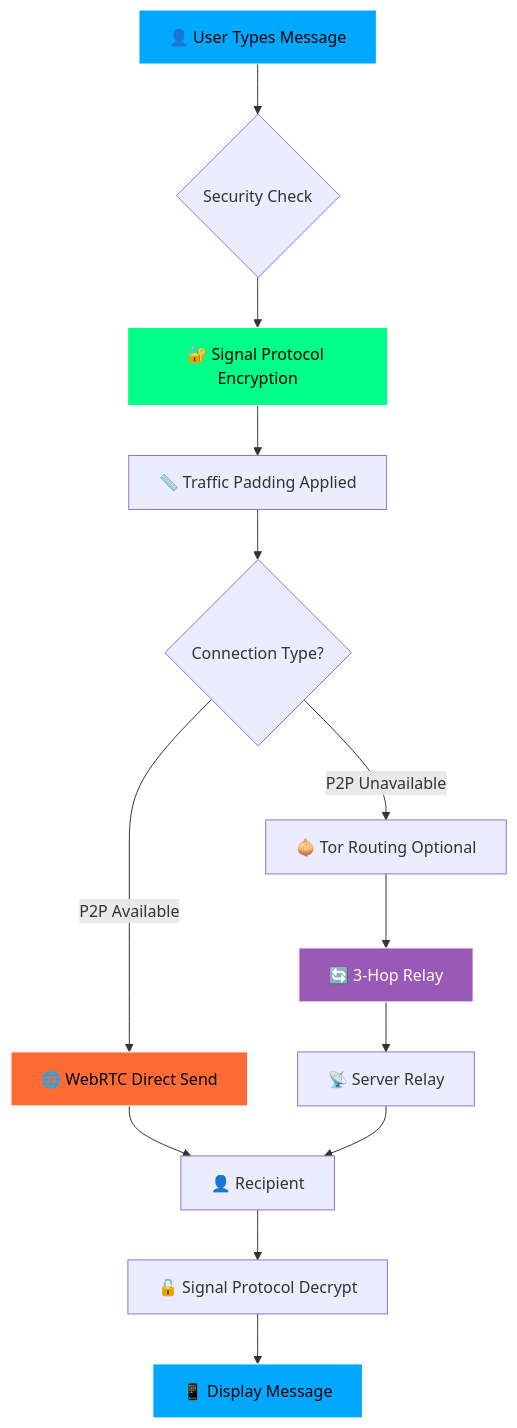
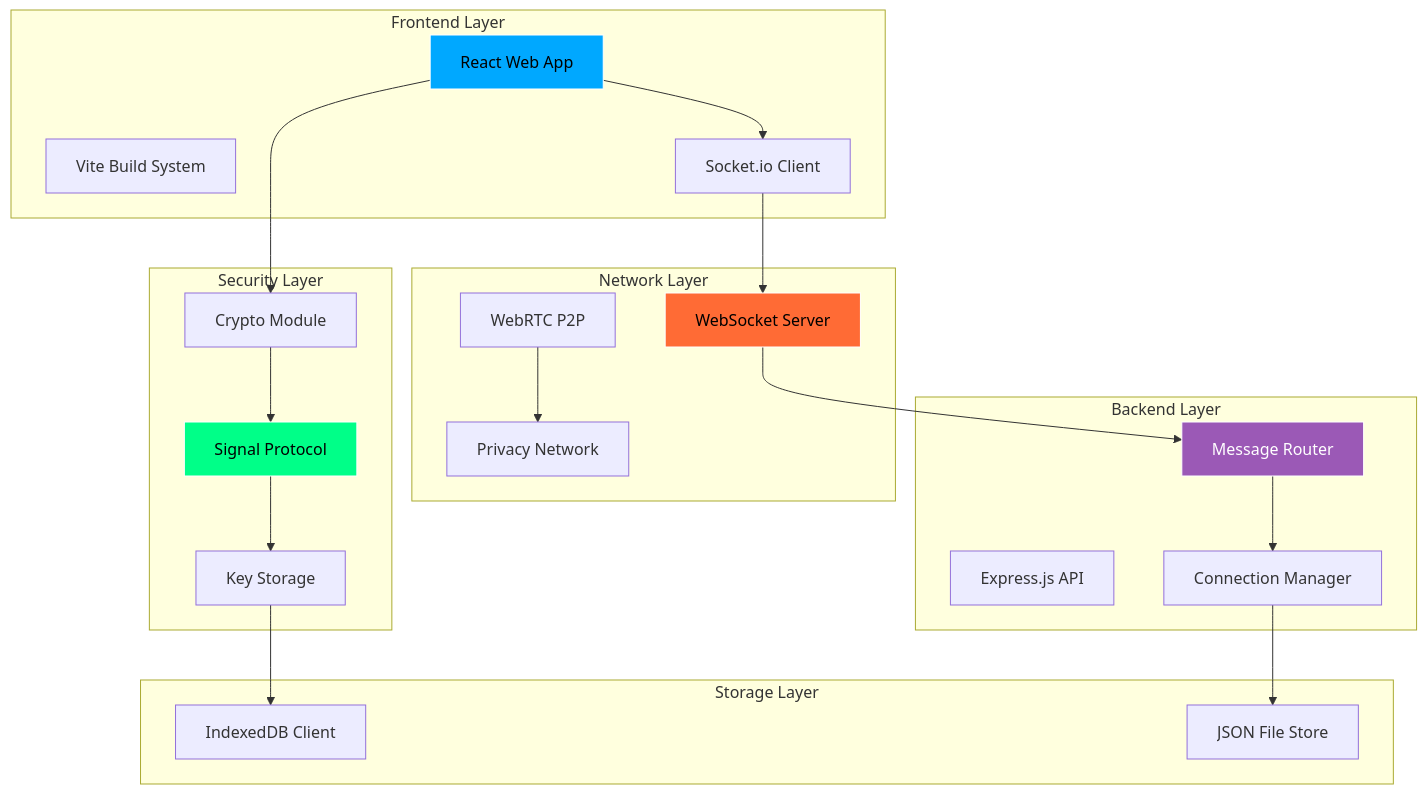
Before and after one commit to Hetpatel01021111/Eclipse: the first of 9 diagrams in README.md, drawn with Mermaid. The commit also changed other lines of this file, not shown here.

Commit message:
docs: create comprehensive README with detailed architecture, security, and deployment guides

````diff
--- a/README.md
+++ b/README.md
@@ -62,25 +69,47 @@
 ```mermaid
 graph TB
-    A[👤 User Types Message] --> B{Security Check}
-    B --> C[🔐 Signal Protocol Encryption]
-    C --> D[📏 Traffic Padding Applied]
-    D --> E{Connection Type?}
+    subgraph "Frontend Layer"
+        A[React Web App]
+        B[Vite Build System]
+        C[Socket.io Client]
+    end
     
-    E -->|P2P Available| F[🌐 WebRTC Direct Send]
-    E -->|P2P Unavailable| G[🧅 Tor Routing Optional]
+    subgraph "Security Layer"
+        D[Signal Protocol]
+        E[Crypto Module]
+        F[Key Storage]
+    end
     
-    G --> H[🔄 3-Hop Relay]
-    H --> I[📡 Server Relay]
+    subgraph "Network Layer"
+        G[WebSocket Server]
+        H[WebRTC P2P]
+        I[Privacy Network]
+    end
     
-    F --> J[👤 Recipient]
-    I --> J
+    subgraph "Backend Layer"
+        J[Express.js API]
+        K[Message Router]
+        L[Connection Manager]
+    end
     
-    J --> K[🔓 Signal Protocol Decrypt]
-    K --> L[📱 Display Message]
+    subgraph "Storage Layer"
+        M[IndexedDB Client]
+        N[JSON File Store]
+    end
+    
+    A --> C
+    A --> E
+    C --> G
+    E --> D
+    D --> F
+    G --> K
+    H --> I
+    K --> L
+    F --> M
+    L --> N
     
     style A fill:#00a8ff,stroke:#fff,color:#000
-    style C fill:#00ff88,stroke:#fff,color:#000
-    style F fill:#ff6b35,stroke:#fff,color:#000
-    style H fill:#9b59b6,stroke:#fff,color:#fff
-    style L fill:#00a8ff,stroke:#fff,color:#000
+    style D fill:#00ff88,stroke:#fff,color:#000
+    style G fill:#ff6b35,stroke:#fff,color:#000
+    style K fill:#9b59b6,stroke:#fff,color:#fff
 ```
````
